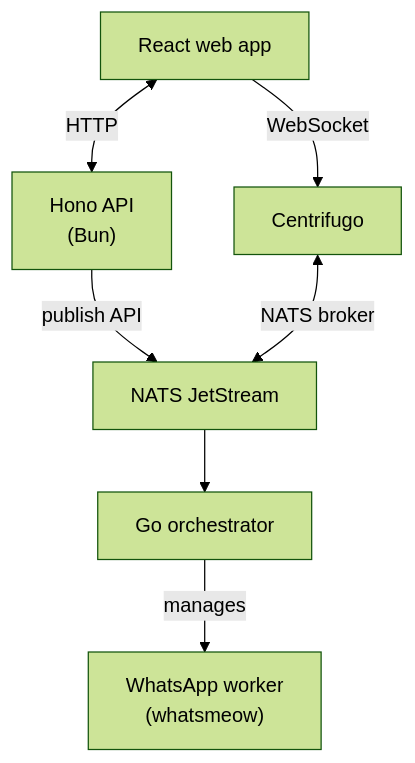
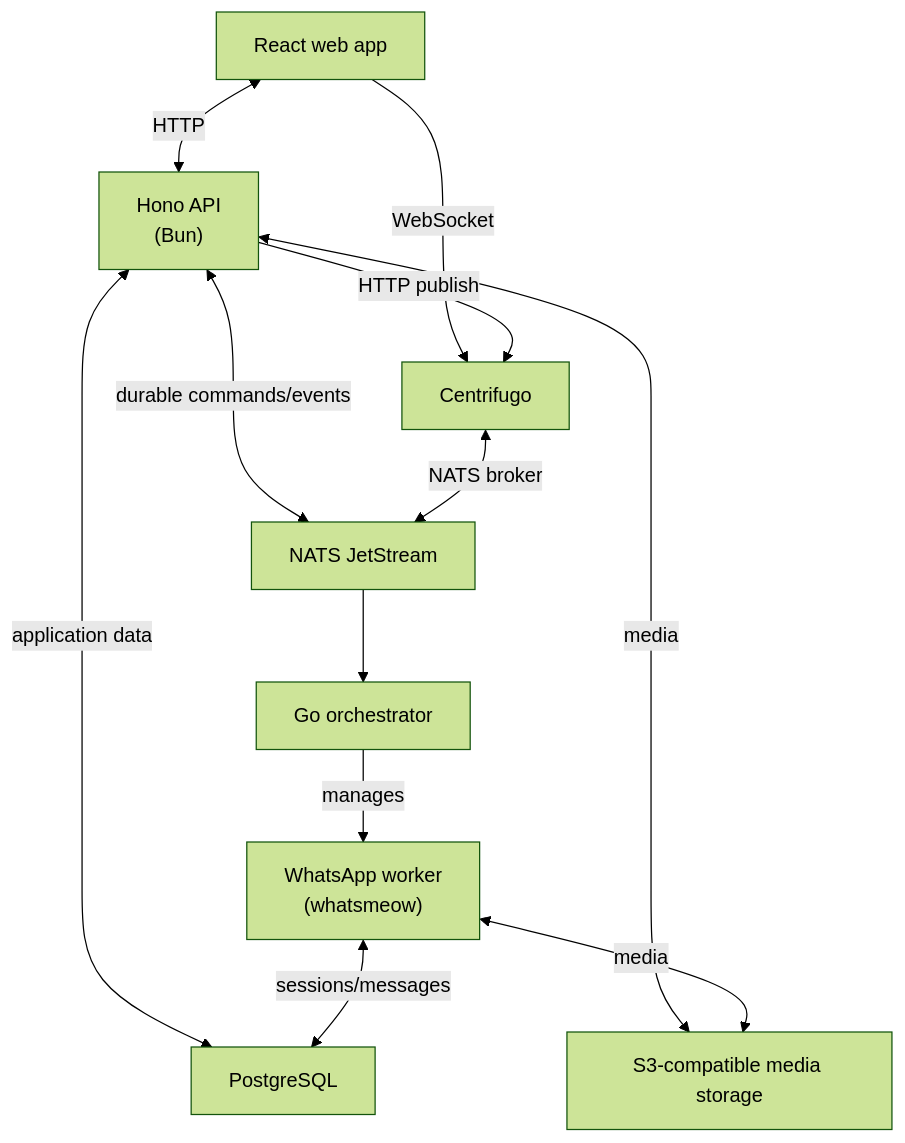
Before and after one commit to ygncode/wateaminbox: the diagram in README.md, drawn with Mermaid (forest theme). The commit also changed other lines of this file and 7 other files, not shown here.

````diff
--- a/README.md
+++ b/README.md
@@ -23,16 +25,23 @@
 ```mermaid
 flowchart TB
     web["React web app"]
     api["Hono API<br/>(Bun)"]
     centrifugo["Centrifugo"]
     nats["NATS JetStream"]
+    postgres["PostgreSQL"]
+    storage["S3-compatible media storage"]
     orchestrator["Go orchestrator"]
     worker["WhatsApp worker<br/>(whatsmeow)"]
 
     web <-->|HTTP| api
     web -->|WebSocket| centrifugo
-    api -->|publish API| nats
+    api -->|HTTP publish| centrifugo
+    api <-->|durable commands/events| nats
     centrifugo <-->|NATS broker| nats
+    api <-->|application data| postgres
+    api <-->|media| storage
     nats --> orchestrator
     orchestrator -->|manages| worker
+    worker <-->|sessions/messages| postgres
+    worker <-->|media| storage
 ```
````
